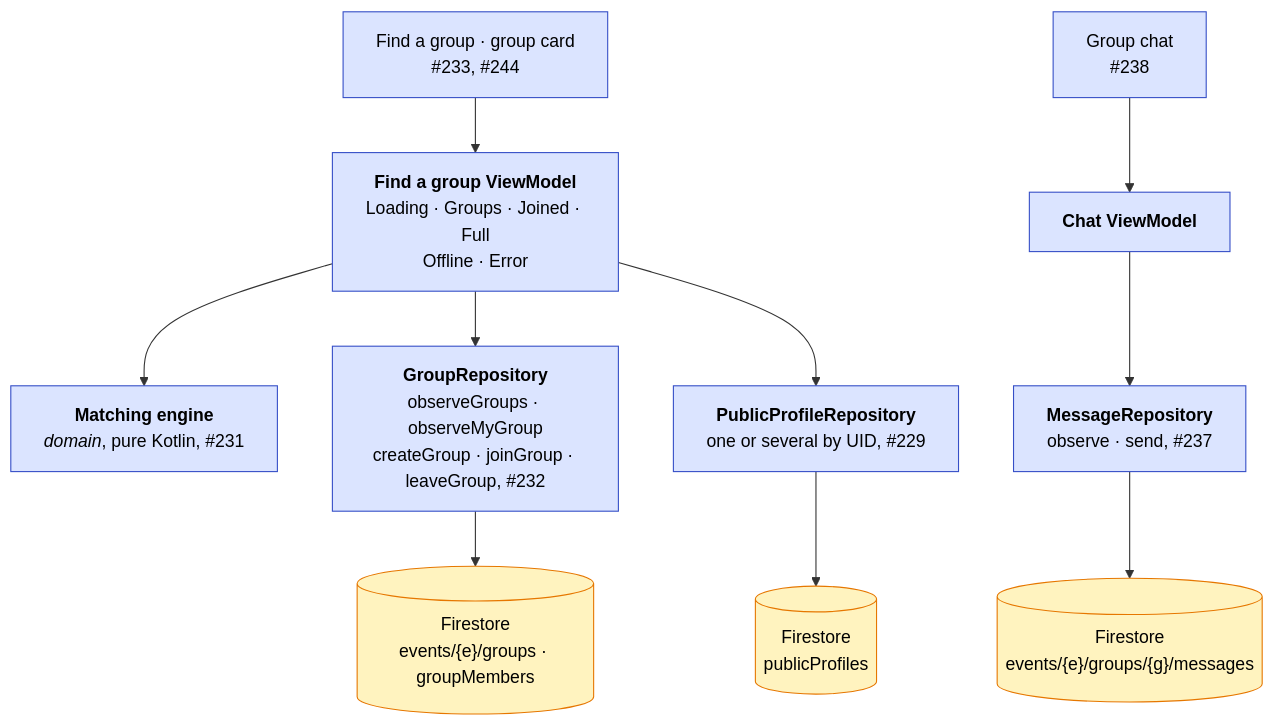
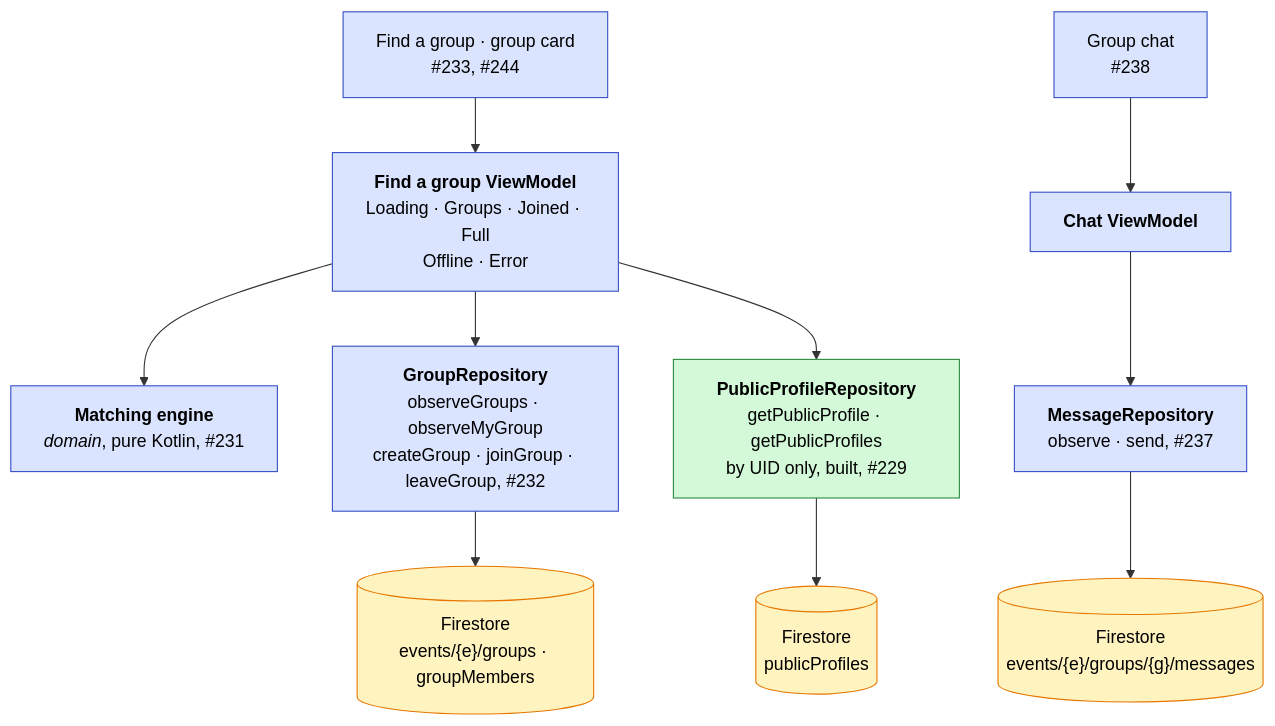
One commit to swent-polysocial/PolySocial changed the sixth of 12 diagrams in docs/Architecture-Diagram.md. Above: the diagram before and after it, drawn with Mermaid. The commit also changed other lines of this file and 1 other file, not shown here.

First line of the commit message:
docs: record public profiles as built

````diff
--- a/docs/Architecture-Diagram.md
+++ b/docs/Architecture-Diagram.md
@@ -195,14 +196,16 @@
 ```mermaid
 flowchart TB
   classDef pb fill:#dbe4ff,stroke:#364fc7,color:#000
   classDef ext fill:#fff3bf,stroke:#e67700,color:#000
 
+  classDef s1 fill:#d3f9d8,stroke:#2b8a3e,color:#000
+
   find["Find a group · group card<br/>#233, #244"]:::pb --> findVM["<b>Find a group ViewModel</b><br/>Loading · Groups · Joined · Full<br/>Offline · Error"]:::pb
   findVM --> match["<b>Matching engine</b><br/><i>domain</i>, pure Kotlin, #231"]:::pb
   findVM --> groups["<b>GroupRepository</b><br/>observeGroups · observeMyGroup<br/>createGroup · joinGroup · leaveGroup, #232"]:::pb
-  findVM --> pub["<b>PublicProfileRepository</b><br/>one or several by UID, #229"]:::pb
+  findVM --> pub["<b>PublicProfileRepository</b><br/>getPublicProfile · getPublicProfiles<br/>by UID only, built, #229"]:::s1
   chat["Group chat<br/>#238"]:::pb --> chatVM["<b>Chat ViewModel</b>"]:::pb --> msgs["<b>MessageRepository</b><br/>observe · send, #237"]:::pb
   groups --> fs[("Firestore<br/>events/{e}/groups · groupMembers")]:::ext
   pub --> fs2[("Firestore<br/>publicProfiles")]:::ext
   msgs --> fs3[("Firestore<br/>events/{e}/groups/{g}/messages")]:::ext
 ```
````
